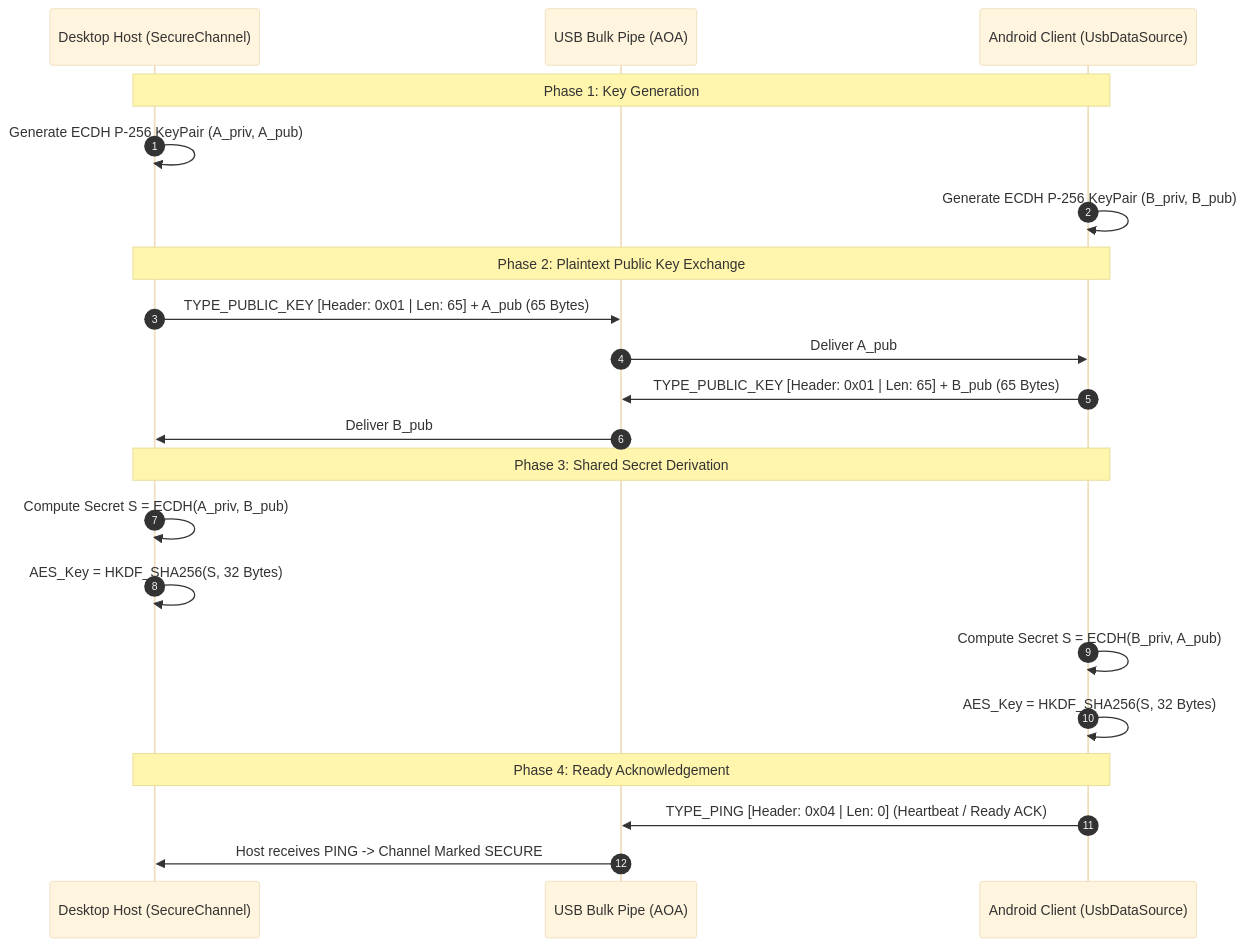
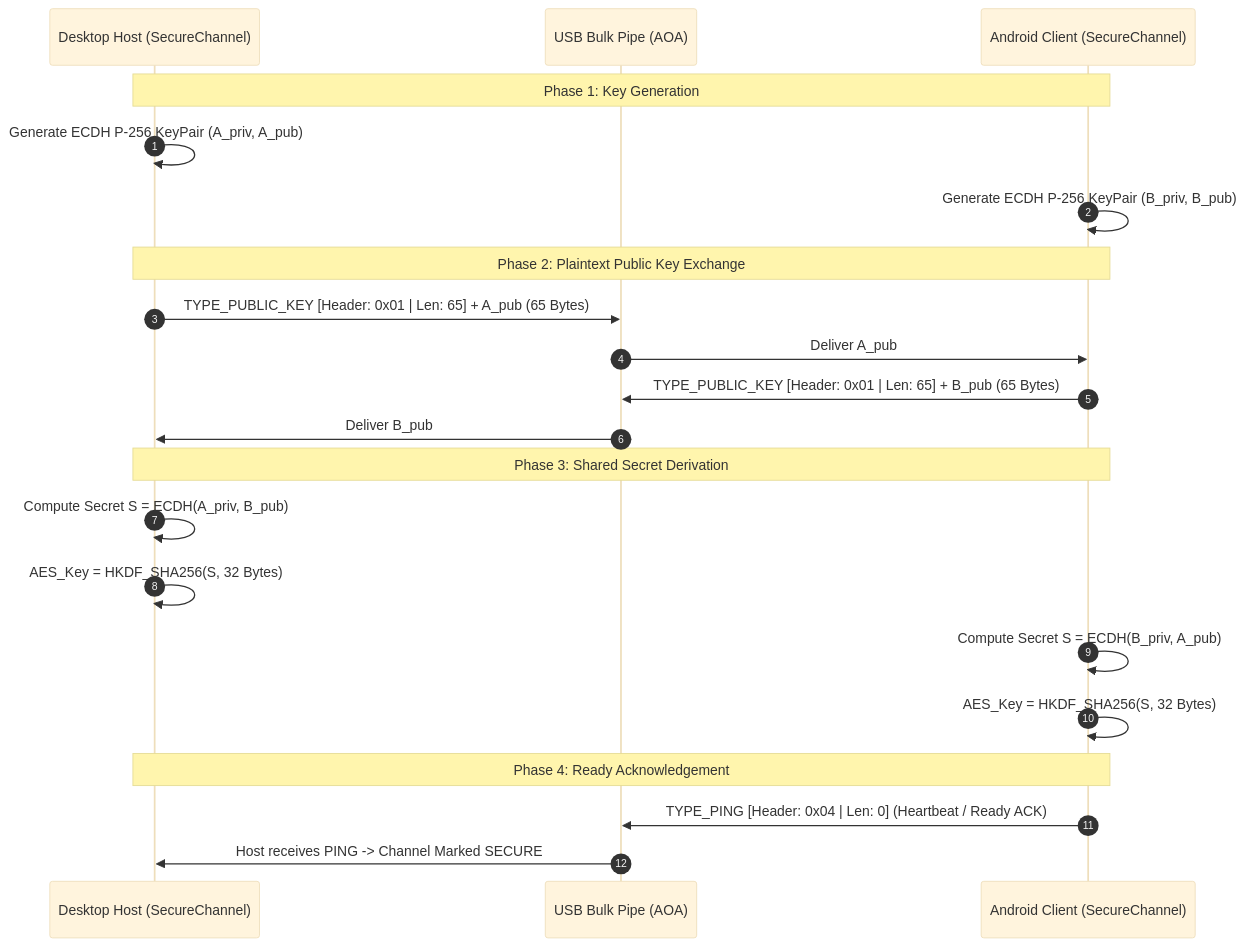
One commit to kv-shreyas/UsbTransferApp changed the third of 5 diagrams in SECUREQT_SDK_PROTOCOL_SPECIFICATION.md. Above: the diagram before and after it, drawn with Mermaid (base theme). The commit also changed other lines of this file and 32 other files, not shown here.

Commit message:
Replace UsbDataSource with SecureChannel and refactor Android transport layer to implement IUsbTransport

````diff
--- a/SECUREQT_SDK_PROTOCOL_SPECIFICATION.md
+++ b/SECUREQT_SDK_PROTOCOL_SPECIFICATION.md
@@ -381,27 +381,27 @@
 ```mermaid
 sequenceDiagram
     autonumber
     participant Host as Desktop Host (SecureChannel)
     participant Bus as USB Bulk Pipe (AOA)
-    participant Client as Android Client (UsbDataSource)
+    participant Client as Android Client (SecureChannel)
 
     Note over Host,Client: Phase 1: Key Generation
     Host->>Host: Generate ECDH P-256 KeyPair (A_priv, A_pub)
     Client->>Client: Generate ECDH P-256 KeyPair (B_priv, B_pub)
 
     Note over Host,Client: Phase 2: Plaintext Public Key Exchange
     Host->>Bus: TYPE_PUBLIC_KEY [Header: 0x01 | Len: 65] + A_pub (65 Bytes)
     Bus->>Client: Deliver A_pub
     Client->>Bus: TYPE_PUBLIC_KEY [Header: 0x01 | Len: 65] + B_pub (65 Bytes)
     Bus->>Host: Deliver B_pub
 
     Note over Host,Client: Phase 3: Shared Secret Derivation
     Host->>Host: Compute Secret S = ECDH(A_priv, B_pub)
     Host->>Host: AES_Key = HKDF_SHA256(S, 32 Bytes)
     Client->>Client: Compute Secret S = ECDH(B_priv, A_pub)
     Client->>Client: AES_Key = HKDF_SHA256(S, 32 Bytes)
 
     Note over Host,Client: Phase 4: Ready Acknowledgement
     Client->>Bus: TYPE_PING [Header: 0x04 | Len: 0] (Heartbeat / Ready ACK)
     Bus->>Host: Host receives PING -> Channel Marked SECURE
 ```
````
